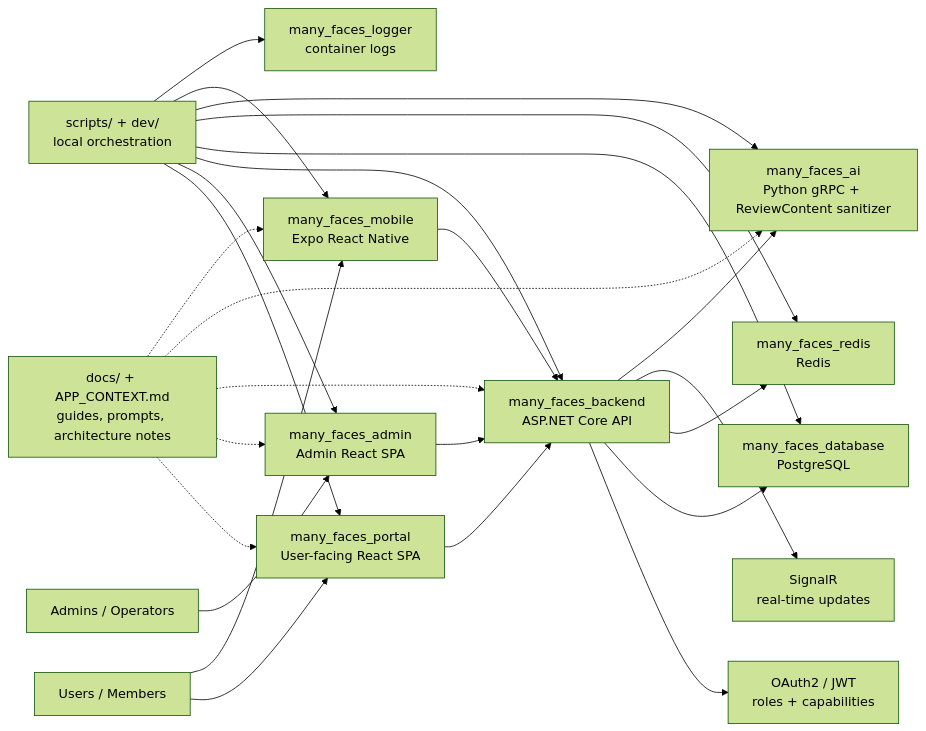
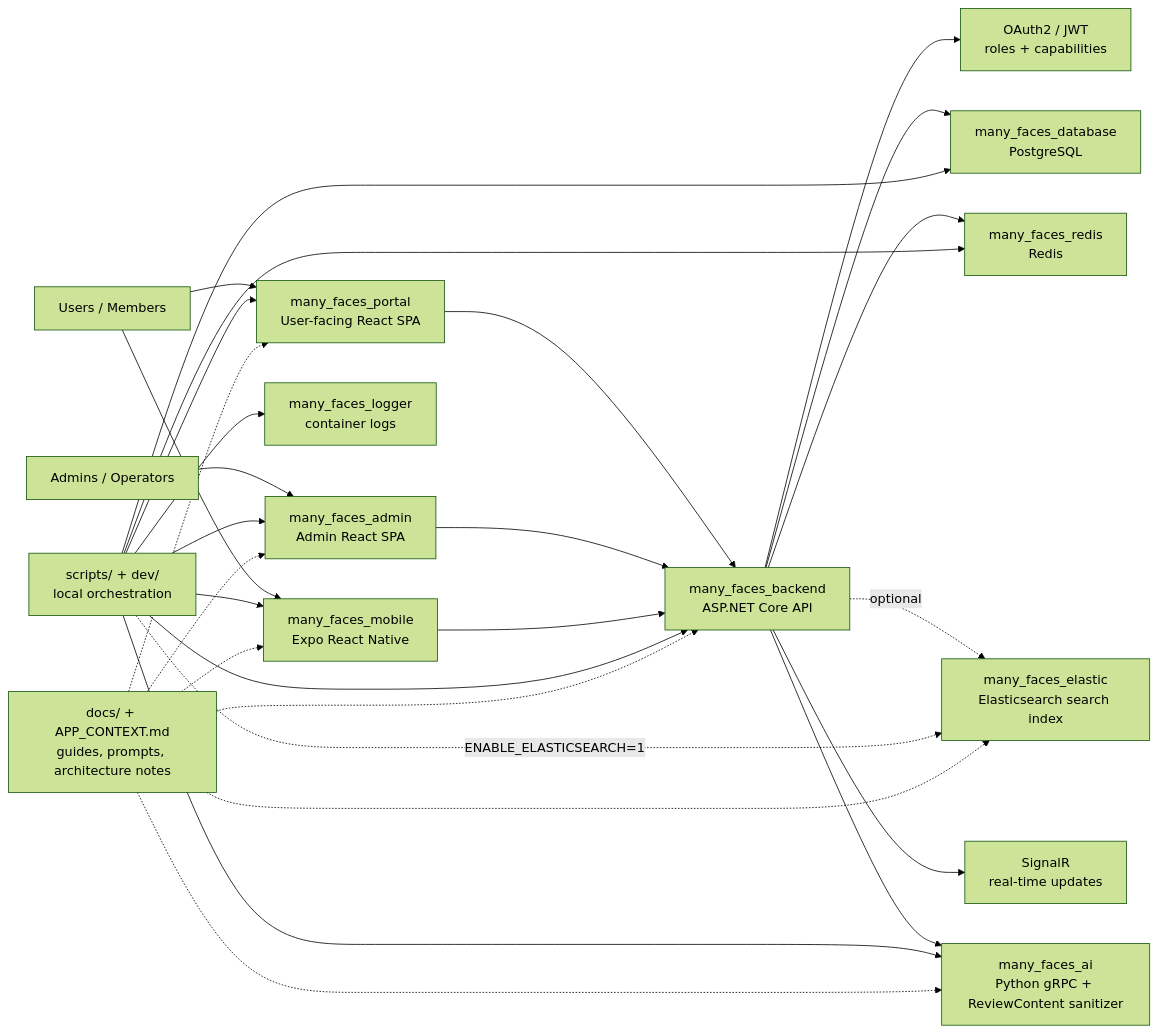
The first of 11 diagrams in README.md (01laky/mfai_demo), drawn with Mermaid (forest theme) before and after one commit. The commit also changed other lines of this file and 2 other files, not shown here.

First line of the commit message:
docs: README Elasticsearch overview + Mermaid; index elasticsearch agent prompt

````diff
--- a/README.md
+++ b/README.md
@@ -29,31 +29,34 @@
 ```mermaid
 flowchart LR
     visitor["Users / Members"] --> fe["many_faces_portal<br/>User-facing React SPA"]
     visitor --> mobile["many_faces_mobile<br/>Expo React Native"]
     adminUser["Admins / Operators"] --> admin["many_faces_admin<br/>Admin React SPA"]
 
     fe --> api["many_faces_backend<br/>ASP.NET Core API"]
     admin --> api
     mobile --> api
 
     api --> auth["OAuth2 / JWT<br/>roles + capabilities"]
     api --> db["many_faces_database<br/>PostgreSQL"]
     api --> redis["many_faces_redis<br/>Redis"]
+    api -.->|"optional"| elastic["many_faces_elastic<br/>Elasticsearch search index"]
     api --> realtime["SignalR<br/>real-time updates"]
     api --> ai["many_faces_ai<br/>Python gRPC + ReviewContent sanitizer"]
 
     scripts["scripts/ + dev/<br/>local orchestration"] --> fe
     scripts --> admin
     scripts --> api
     scripts --> db
     scripts --> redis
+    scripts -.->|"ENABLE_ELASTICSEARCH=1"| elastic
     scripts --> ai
     scripts --> mobile
     scripts --> logs["many_faces_logger<br/>container logs"]
 
     docs["docs/ + APP_CONTEXT.md<br/>guides, prompts, architecture notes"] -.-> fe
     docs -.-> admin
     docs -.-> api
     docs -.-> ai
     docs -.-> mobile
+    docs -.-> elastic
 ```
````
